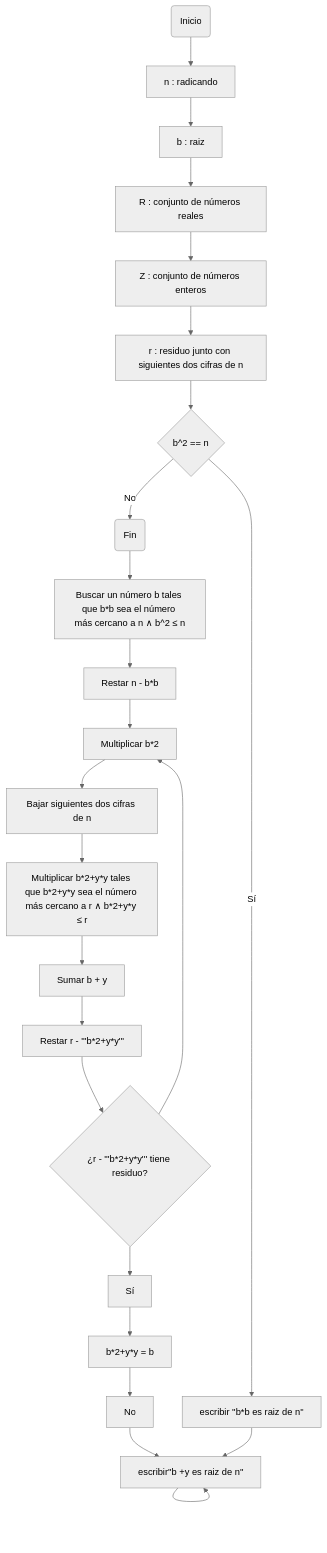
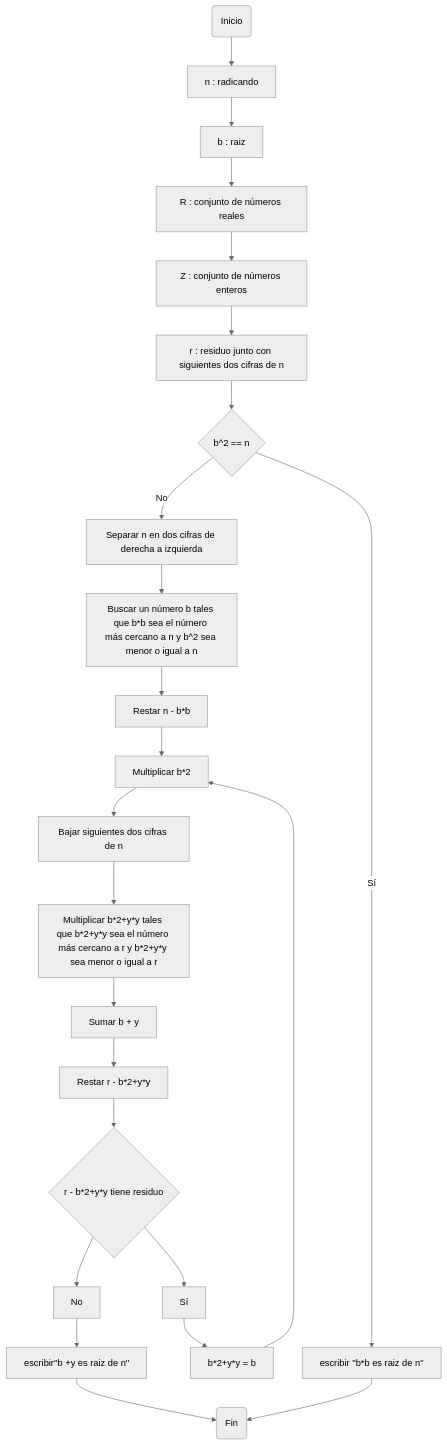
One commit to JuanJoToAl/Reto-no.3 changed the second of 2 diagrams in README.md. Above: the diagram before and after it, drawn with Mermaid (neutral theme). The commit also changed other lines of this file, not shown here.

````diff
--- a/README.md
+++ b/README.md
@@ -86,24 +92,24 @@
 ```mermaid
 flowchart TD;
     A(Inicio) --> B[n : radicando];
     B-->C;
     C[b : raiz] --> D[ R : conjunto de números reales];
     D-->E;
     E[Z : conjunto de números enteros]--> F[r : residuo junto con siguientes dos cifras de n];
     F --> G;
     G{b^2 == n}-- Sí --> H[escribir ''b*b es raiz de n''];
     G-- No --> I[Separar n en dos cifras de derecha a izquierda];
     I-->J;
-    J[Buscar un número b tales que b*b sea el número más cercano a n ∧ b^2 ≤ n]--> K[Restar n - b*b];
+    J[Buscar un número b tales que b*b sea el número más cercano a n y b^2 sea menor o igual a n]--> K[Restar n - b*b];
     K-->L;
     L[Multiplicar b*2]--> M[Bajar siguientes dos cifras de n];
     M-->N;
-    N[Multiplicar b*2+y*y tales que b*2+y*y sea el número más cercano a r ∧ b*2+y*y ≤ r]-->O[Sumar b + y];
+    N[Multiplicar b*2+y*y tales que b*2+y*y sea el número más cercano a r y b*2+y*y sea menor o igual a r]-->O[Sumar b + y];
     O-->P;
-    P[Restar r - '''b*2+y*y''']-->Q{¿r - '''b*2+y*y''' tiene residuo?}--> Sí --> S[b*2+y*y = b];
-    Q-->L;
-    S--> No --> T[escribir''b +y es raiz de n''];
-    T-->T;
-    H-->T;
-    I(Fin);
+    P[Restar r - b*2+y*y]-->Q{r - b*2+y*y tiene residuo}--> Sí --> S[b*2+y*y = b];
+    Q--> No --> T[escribir''b +y es raiz de n''];
+    S-->L
+    T-->V;
+    H-->V;
+    V(Fin);
 ```
````
